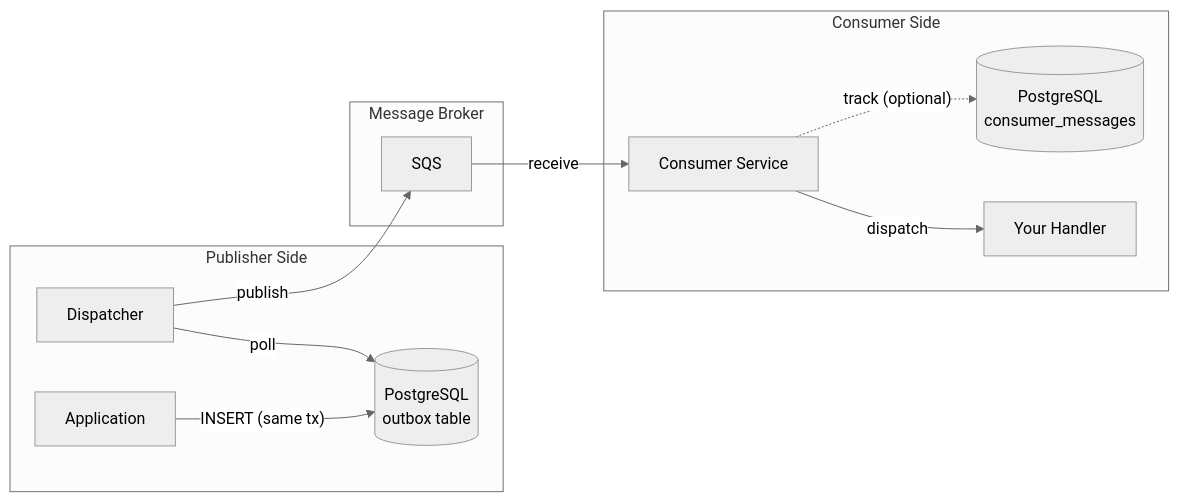
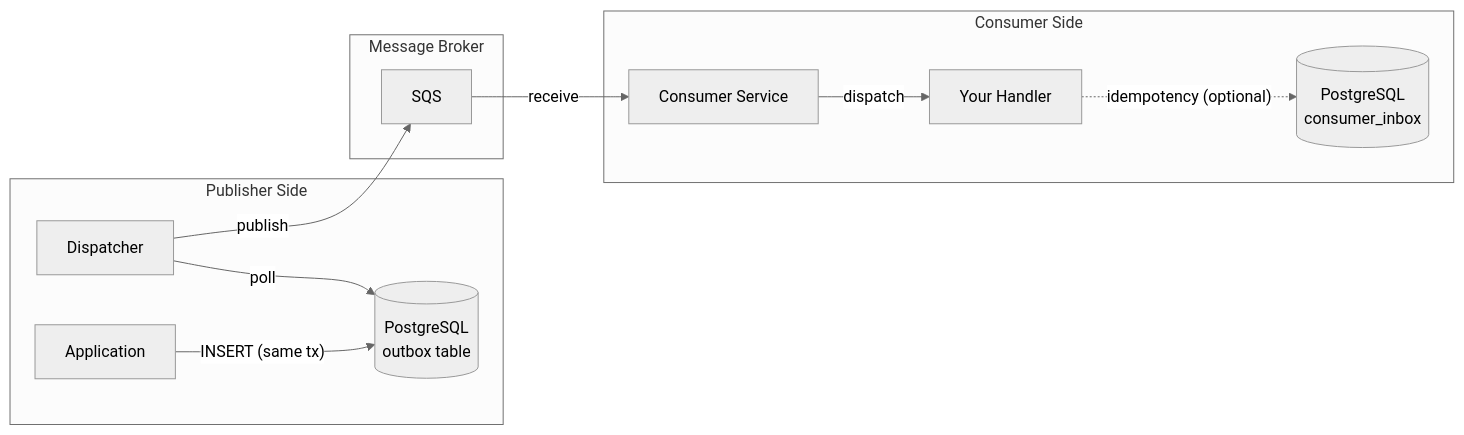
One commit to hacomono-lib/o4x changed the first of 3 diagrams in README.md. Above: the diagram before and after it, drawn with Mermaid (neutral theme). The commit also changed other lines of this file and 36 other files, not shown here.

Commit message:
feat: implement consumer inbox repository for idempotency, replacing consumer_messages with consumer_inbox. Update schema generation, documentation, and examples to reflect the new transactional inbox pattern for ensuring exactly-once message processing semantics.

````diff
--- a/README.md
+++ b/README.md
@@ -40,25 +40,25 @@
 ```mermaid
 flowchart LR
     subgraph Publisher Side
         App[Application]
         DB[(PostgreSQL<br/>outbox table)]
         Dispatcher[Dispatcher]
     end
 
     subgraph Message Broker
         SQS[SQS]
     end
 
     subgraph Consumer Side
         Consumer[Consumer Service]
-        CDB[(PostgreSQL<br/>consumer_messages)]
         Handler[Your Handler]
+        CDB[(PostgreSQL<br/>consumer_inbox)]
     end
 
     App -->|"INSERT (same tx)"| DB
     Dispatcher -->|poll| DB
     Dispatcher -->|publish| SQS
     SQS -->|receive| Consumer
-    Consumer -.->|"track (optional)"| CDB
     Consumer -->|dispatch| Handler
+    Handler -.->|"idempotency (optional)"| CDB
 ```
````
